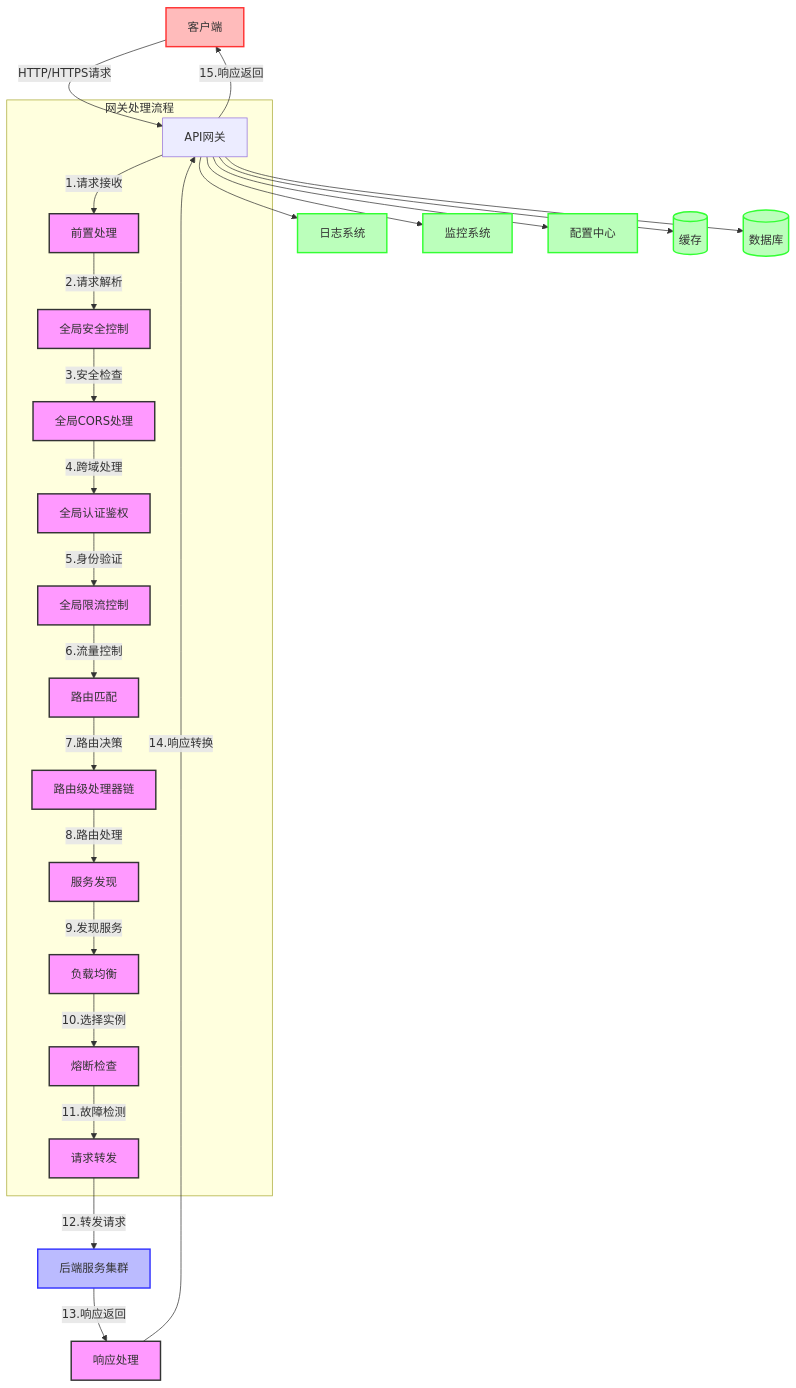
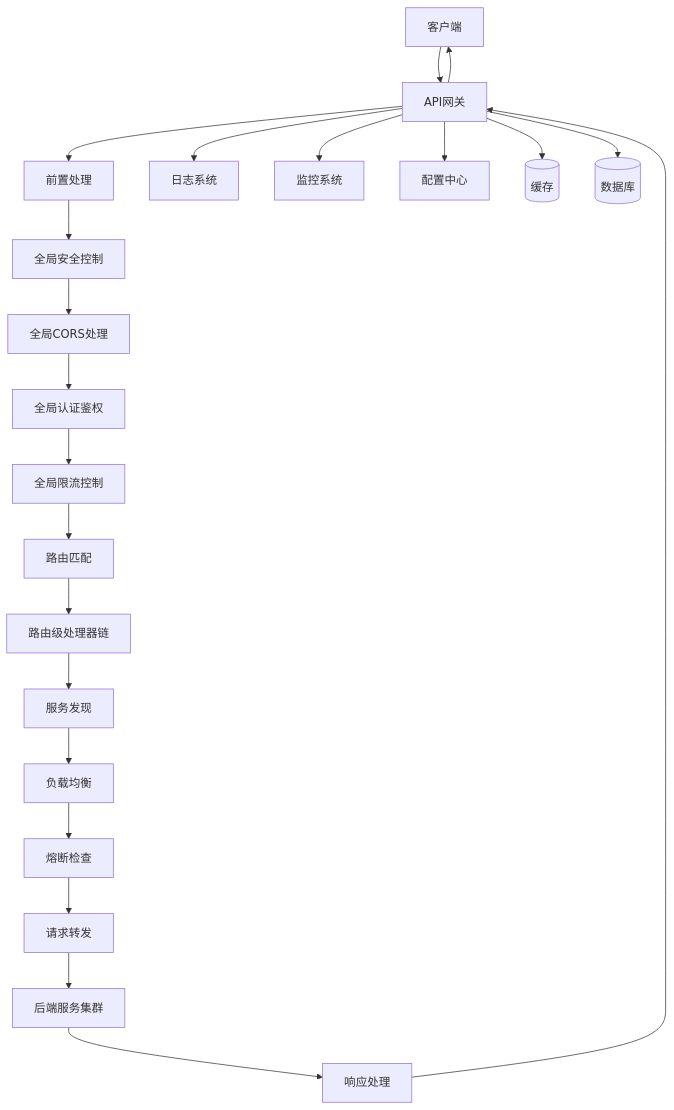
The diagram in README.md (fluxsce/gateway), drawn with Mermaid before and after one commit. The commit also changed 1 other file, not shown here.

Commit message:
架构图显示错误修复

````diff
--- a/README.md
+++ b/README.md
@@ -66,39 +66,26 @@
 ```mermaid
 graph TB
-    Client[客户端] --> |HTTP/HTTPS请求| Gateway[API网关]
+    Client[客户端] --> Gateway[API网关]
+    Gateway --> PreProcess[前置处理]
+    PreProcess --> Security[全局安全控制]
+    Security --> CORS[全局CORS处理]
+    CORS --> Auth[全局认证鉴权]
+    Auth --> RateLimit[全局限流控制]
+    RateLimit --> Router[路由匹配]
+    Router --> RouteHandlers[路由级处理器链]
+    RouteHandlers --> Discovery[服务发现]
+    Discovery --> LoadBalance[负载均衡]
+    LoadBalance --> CircuitBreaker[熔断检查]
+    CircuitBreaker --> ProxyForward[请求转发]
     
-    subgraph 网关处理流程
-        Gateway --> |1.请求接收| PreProcess[前置处理]
-        PreProcess --> |2.请求解析| Security[全局安全控制]
-        Security --> |3.安全检查| CORS[全局CORS处理]
-        CORS --> |4.跨域处理| Auth[全局认证鉴权]
-        Auth --> |5.身份验证| RateLimit[全局限流控制]
-        RateLimit --> |6.流量控制| Router[路由匹配]
-        Router --> |7.路由决策| RouteHandlers[路由级处理器链]
-        RouteHandlers --> |8.路由处理| Discovery[服务发现]
-        Discovery --> |9.发现服务| LoadBalance[负载均衡]
-        LoadBalance --> |10.选择实例| CircuitBreaker[熔断检查]
-        CircuitBreaker --> |11.故障检测| ProxyForward[请求转发]
-    end
-    
-    ProxyForward --> |12.转发请求| Services[后端服务集群]
-    Services --> |13.响应返回| PostProcess[响应处理]
-    PostProcess --> |14.响应转换| Gateway
-    Gateway --> |15.响应返回| Client
+    ProxyForward --> Services[后端服务集群]
+    Services --> PostProcess[响应处理]
+    PostProcess --> Gateway
+    Gateway --> Client
     
     Gateway --> Log[日志系统]
     Gateway --> Monitor[监控系统]
     Gateway --> Config[配置中心]
     Gateway --> Cache[(缓存)]
     Gateway --> DB[(数据库)]
-    
-    classDef processStep fill:#f9f,stroke:#333,stroke-width:2px
-    classDef service fill:#bbf,stroke:#33f,stroke-width:2px
-    classDef storage fill:#bfb,stroke:#3f3,stroke-width:2px
-    classDef client fill:#fbb,stroke:#f33,stroke-width:2px
-    
-    class PreProcess,Security,CORS,Auth,RateLimit,Router,RouteHandlers,Discovery,LoadBalance,CircuitBreaker,ProxyForward,PostProcess processStep
-    class Services service
-    class Log,Monitor,Config,Cache,DB storage
-    class Client client
 ```
````
